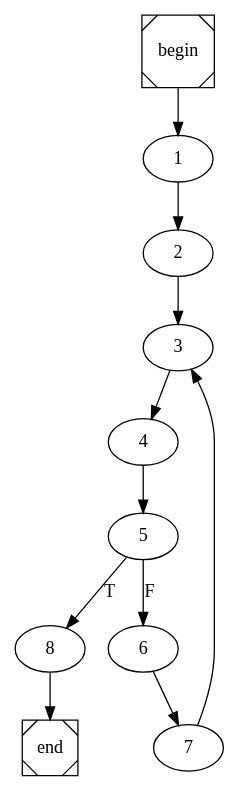
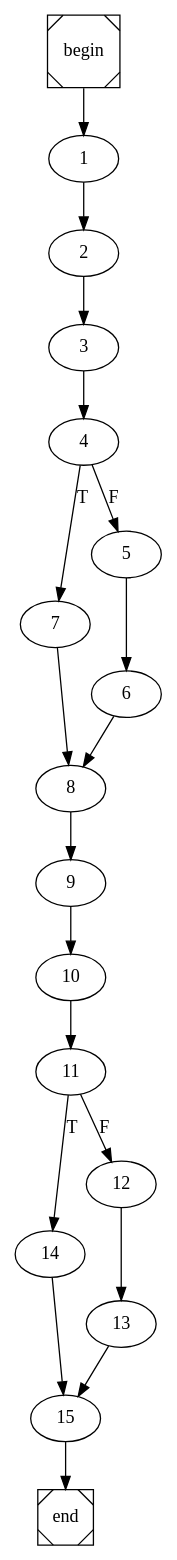
The diagram in soManyRegisters.dot (JoseAlbanoGaspar/FEUP-COMP), drawn with Graphviz before and after one commit. The commit also changed 1 other file, not shown here.

```diff
--- a/soManyRegisters.dot
+++ b/soManyRegisters.dot
@@ -1,4 +1,4 @@
 digraph cfg {
 	begin [shape=Msquare];
 	end [shape=Msquare];
-	begin -> 1;	1 -> 2;	2 -> 3;	3 -> 4;	4 -> 5;	5 -> 8[label=T];	5 -> 6[label=F];	6 -> 7;	7 -> 3;	8 -> end;}
+	begin -> 1;	1 -> 2;	2 -> 3;	3 -> 4;	4 -> 7[label=T];	4 -> 5[label=F];	5 -> 6;	6 -> 8;	7 -> 8;	8 -> 9;	9 -> 10;	10 -> 11;	11 -> 14[label=T];	11 -> 12[label=F];	12 -> 13;	13 -> 15;	14 -> 15;	15 -> end;}
```
